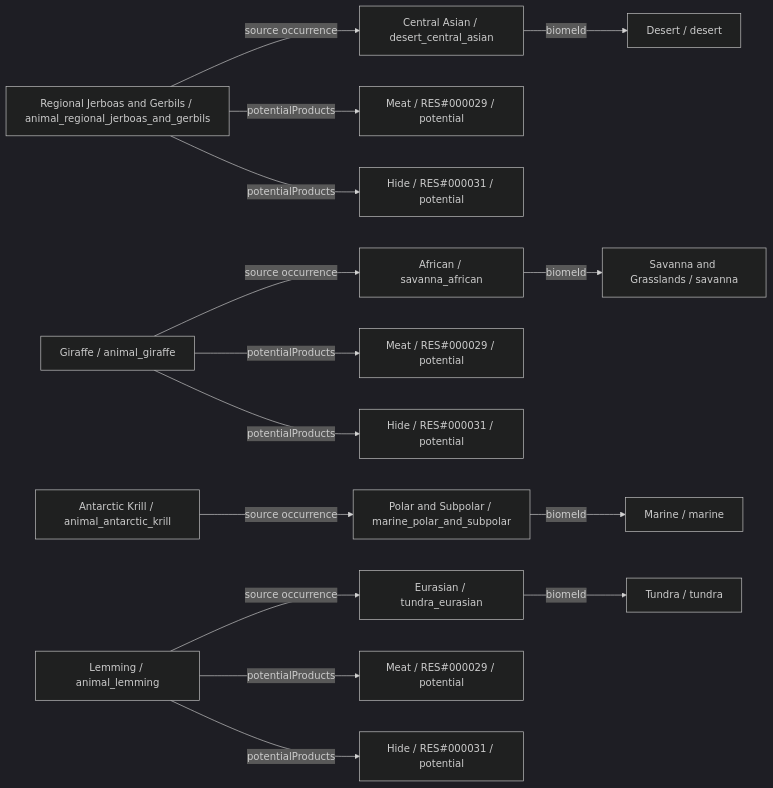
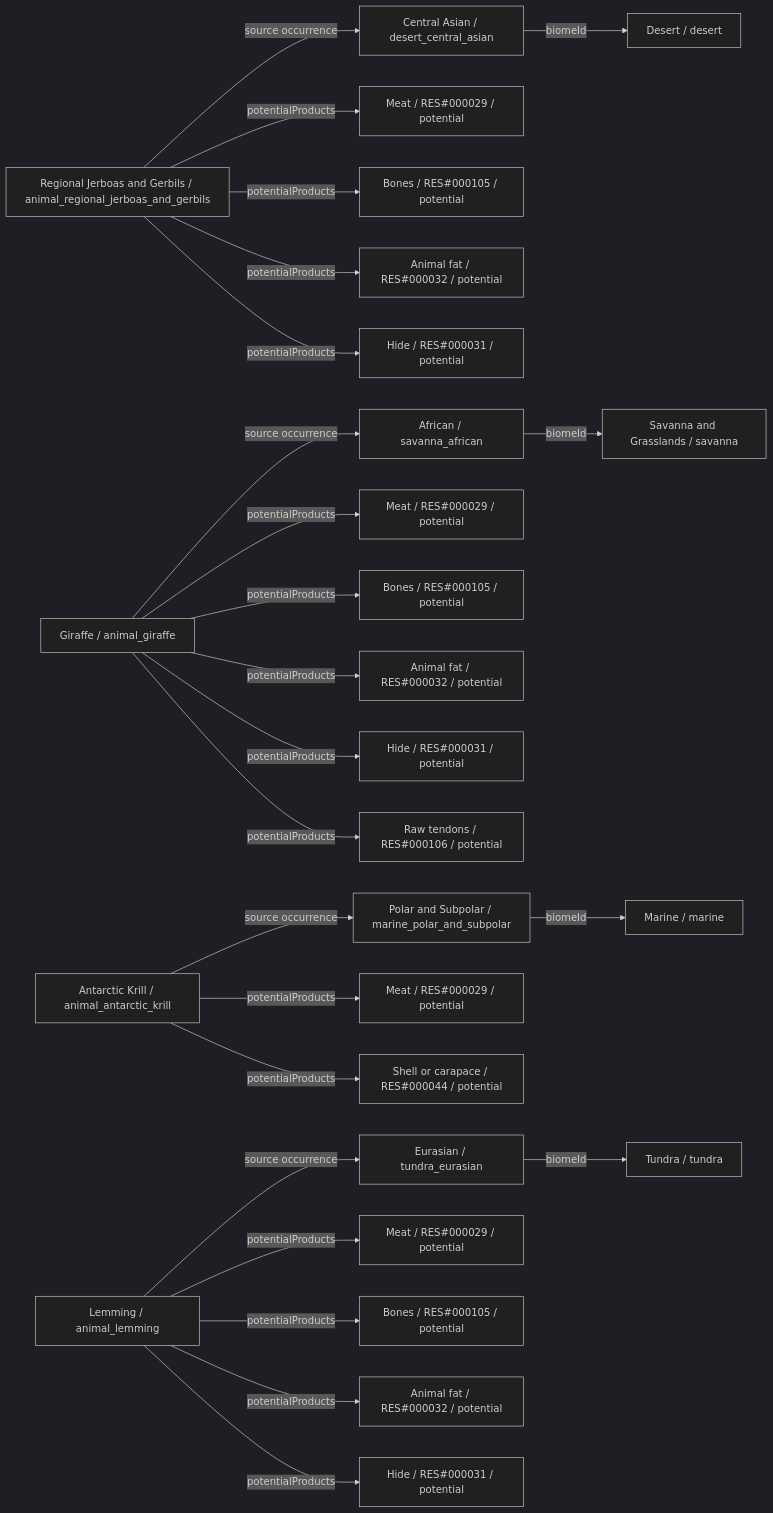
Before and after one commit to fgabo404/EvolveDoc: diagram 13 of 26 in data/animals/DIAGRAMS.md, drawn with Mermaid (dark theme). The commit also changed other lines of this file and 44 other files, not shown here.

````diff
--- a/data/animals/DIAGRAMS.md
+++ b/data/animals/DIAGRAMS.md
@@ -674,35 +954,53 @@
 ```mermaid
 flowchart LR
     c0["Regional Jerboas and Gerbils / animal_regional_jerboas_and_gerbils"]
     v17["Central Asian / desert_central_asian"]
     b4["Desert / desert"]
     o0_0["Meat / RES#000029 / potential"]
-    o0_1["Hide / RES#000031 / potential"]
+    o0_1["Bones / RES#000105 / potential"]
+    o0_2["Animal fat / RES#000032 / potential"]
+    o0_3["Hide / RES#000031 / potential"]
     c1["Giraffe / animal_giraffe"]
     v11["African / savanna_african"]
     b3["Savanna and Grasslands / savanna"]
     o1_0["Meat / RES#000029 / potential"]
-    o1_1["Hide / RES#000031 / potential"]
+    o1_1["Bones / RES#000105 / potential"]
+    o1_2["Animal fat / RES#000032 / potential"]
+    o1_3["Hide / RES#000031 / potential"]
+    o1_4["Raw tendons / RES#000106 / potential"]
     c2["Antarctic Krill / animal_antarctic_krill"]
     v21["Polar and Subpolar / marine_polar_and_subpolar"]
     b5["Marine / marine"]
+    o2_0["Meat / RES#000029 / potential"]
+    o2_1["Shell or carapace / RES#000044 / potential"]
     c3["Lemming / animal_lemming"]
     v9["Eurasian / tundra_eurasian"]
     b2["Tundra / tundra"]
     o3_0["Meat / RES#000029 / potential"]
-    o3_1["Hide / RES#000031 / potential"]
+    o3_1["Bones / RES#000105 / potential"]
+    o3_2["Animal fat / RES#000032 / potential"]
+    o3_3["Hide / RES#000031 / potential"]
     c0 -->|potentialProducts| o0_0
     c0 -->|potentialProducts| o0_1
+    c0 -->|potentialProducts| o0_2
+    c0 -->|potentialProducts| o0_3
     c0 -->|source occurrence| v17
     c1 -->|potentialProducts| o1_0
     c1 -->|potentialProducts| o1_1
+    c1 -->|potentialProducts| o1_2
+    c1 -->|potentialProducts| o1_3
+    c1 -->|potentialProducts| o1_4
     c1 -->|source occurrence| v11
+    c2 -->|potentialProducts| o2_0
+    c2 -->|potentialProducts| o2_1
     c2 -->|source occurrence| v21
     c3 -->|potentialProducts| o3_0
     c3 -->|potentialProducts| o3_1
+    c3 -->|potentialProducts| o3_2
+    c3 -->|potentialProducts| o3_3
     c3 -->|source occurrence| v9
     v11 -->|biomeId| b3
     v17 -->|biomeId| b4
     v21 -->|biomeId| b5
     v9 -->|biomeId| b2
 ```
````
